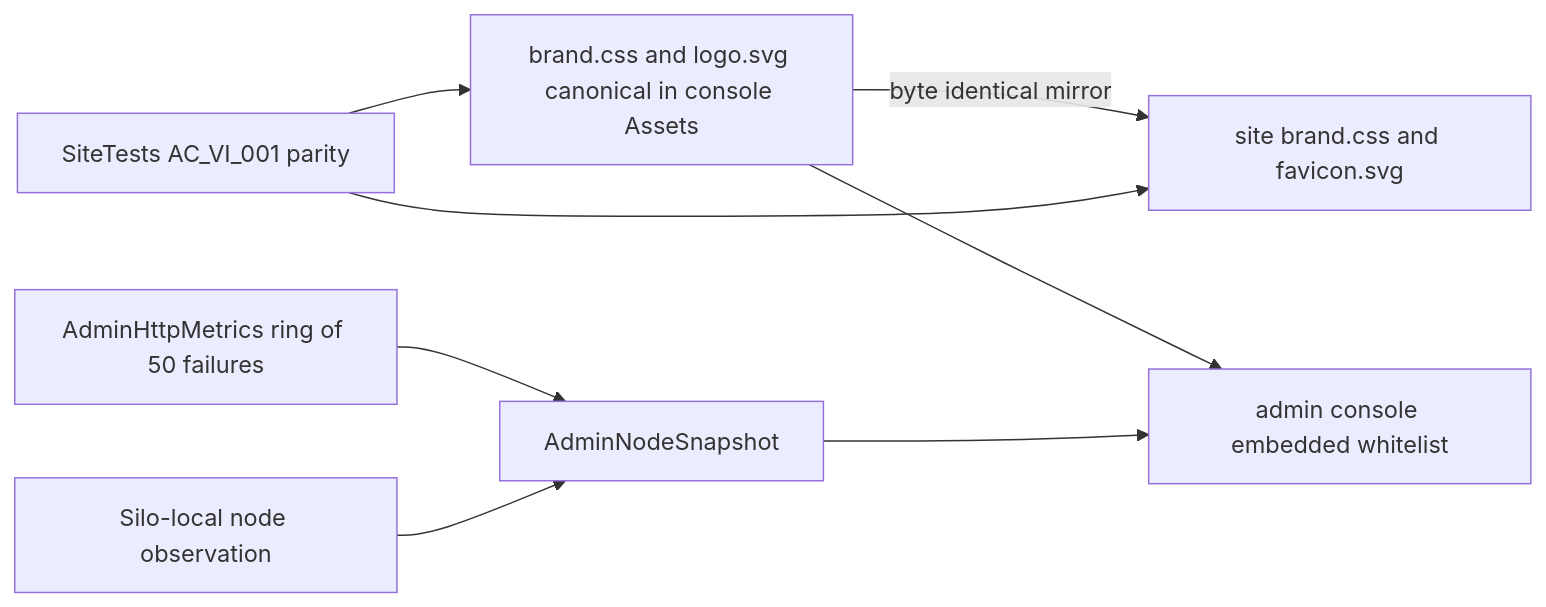
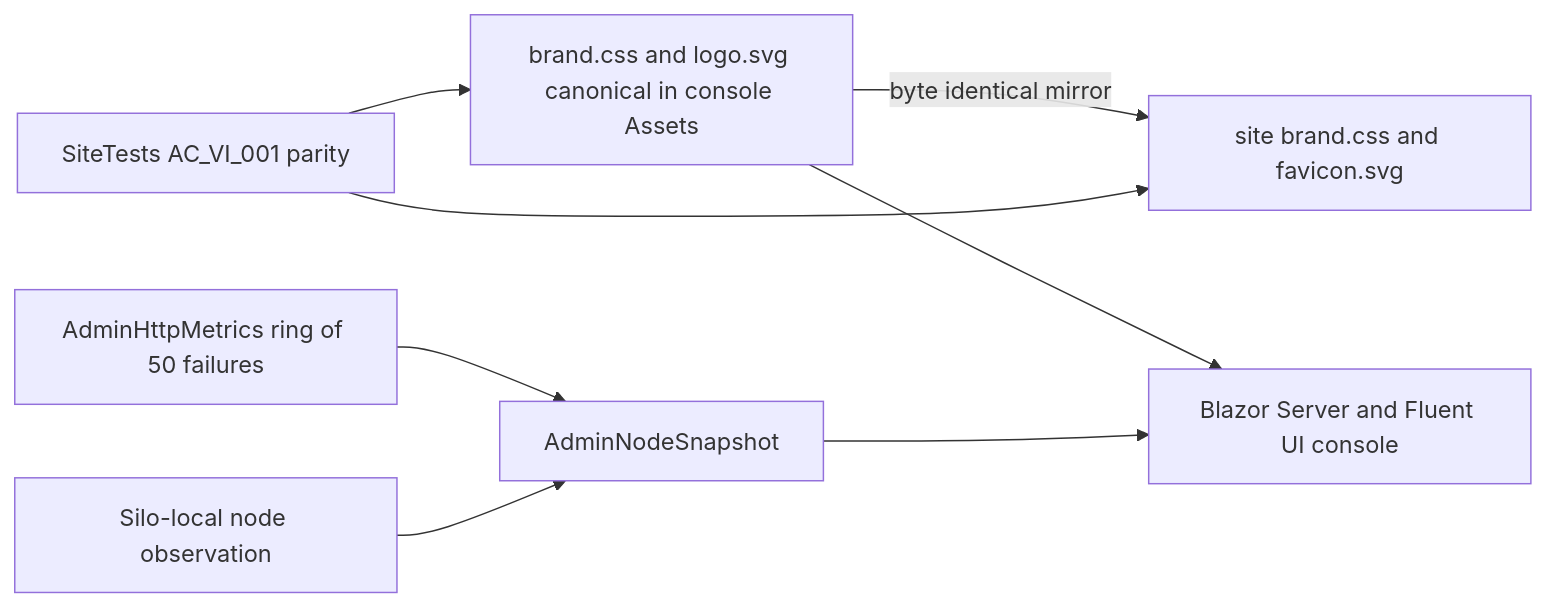
One commit to managedcode/KeyLoad changed the diagram in docs/ADR/ADR-053-unified-visual-identity.md. Above: the diagram before and after it, drawn with Mermaid. The commit also changed other lines of this file and 57 other files, not shown here.

First line of the commit message:
Use Fluent UI Blazor Server administration and Playwright tests

````diff
--- a/docs/ADR/ADR-053-unified-visual-identity.md
+++ b/docs/ADR/ADR-053-unified-visual-identity.md
@@ -62,10 +47,10 @@
 ```mermaid
 flowchart LR
-    Brand[brand.css and logo.svg canonical in console Assets] --> Console[admin console embedded whitelist]
+    Brand[brand.css and logo.svg canonical in console Assets] --> Console[Blazor Server and Fluent UI console]
     Brand -->|byte identical mirror| Site[site brand.css and favicon.svg]
     Drift[SiteTests AC_VI_001 parity] --> Site
     Drift --> Brand
     Server[AdminHttpMetrics ring of 50 failures] --> Snapshot[AdminNodeSnapshot]
     Config[Silo-local node observation] --> Snapshot
     Snapshot --> Console
 ```
````
